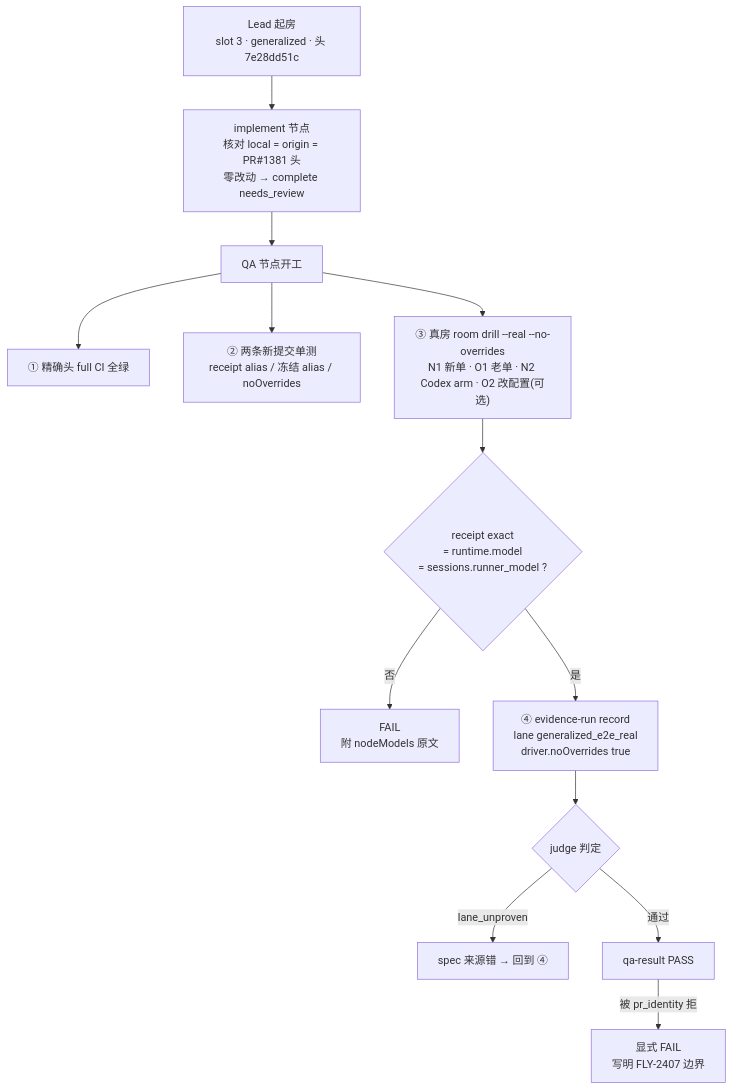
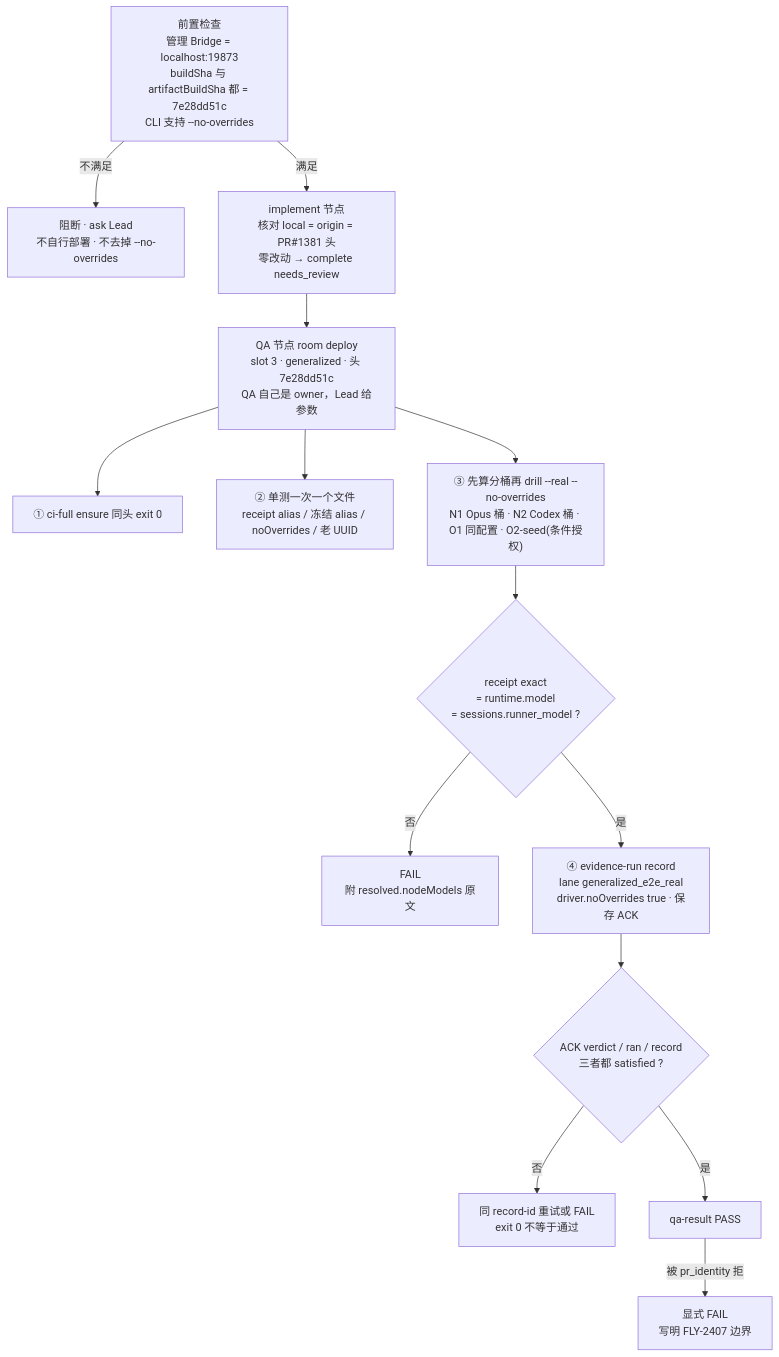
Before and after one commit to xrliAnnie/flywheel-qa-sandbox: the diagram in engineering/doc/FLY-3018-current-model-routing/diagrams/d1-flow.mmd, drawn with Mermaid. The commit also changed 3 other files, not shown here.

Commit message:
docs(FLY-3018): founder HTML synced to plan v2.1 (preflight, QA-owned room, O2-seed, evidence rules)

```diff
--- a/engineering/doc/FLY-3018-current-model-routing/diagrams/d1-flow.mmd
+++ b/engineering/doc/FLY-3018-current-model-routing/diagrams/d1-flow.mmd
@@ -1,13 +1,14 @@
 flowchart TD
-    A["Lead 起房<br/>slot 3 · generalized · 头 7e28dd51c"] --> B["implement 节点<br/>核对 local = origin = PR#1381 头<br/>零改动 → complete needs_review"]
-    B --> C["QA 节点开工"]
-    C --> D1["① 精确头 full CI 全绿"]
-    C --> D2["② 两条新提交单测<br/>receipt alias / 冻结 alias / noOverrides"]
-    C --> D3["③ 真房 room drill --real --no-overrides<br/>N1 新单 · O1 老单 · N2 Codex arm · O2 改配置(可选)"]
+    P["前置检查<br/>管理 Bridge = localhost:19873<br/>buildSha 与 artifactBuildSha 都 = 7e28dd51c<br/>CLI 支持 --no-overrides"] -->|不满足| PX["阻断 · ask Lead<br/>不自行部署 · 不去掉 --no-overrides"]
+    P -->|满足| B["implement 节点<br/>核对 local = origin = PR#1381 头<br/>零改动 → complete needs_review"]
+    B --> C["QA 节点 room deploy<br/>slot 3 · generalized · 头 7e28dd51c<br/>QA 自己是 owner，Lead 给参数"]
+    C --> D1["① ci-full ensure 同头 exit 0"]
+    C --> D2["② 单测一次一个文件<br/>receipt alias / 冻结 alias / noOverrides / 老 UUID"]
+    C --> D3["③ 先算分桶再 drill --real --no-overrides<br/>N1 Opus 桶 · N2 Codex 桶 · O1 同配置 · O2-seed(条件授权)"]
     D3 --> E{"receipt exact<br/>= runtime.model<br/>= sessions.runner_model ?"}
-    E -- 否 --> F["FAIL<br/>附 nodeModels 原文"]
-    E -- 是 --> G["④ evidence-run record<br/>lane generalized_e2e_real<br/>driver.noOverrides true"]
-    G --> H{"judge 判定"}
-    H -- lane_unproven --> G2["spec 来源错 → 回到 ④"]
-    H -- 通过 --> I["qa-result PASS"]
+    E -- 否 --> F["FAIL<br/>附 resolved.nodeModels 原文"]
+    E -- 是 --> G["④ evidence-run record<br/>lane generalized_e2e_real<br/>driver.noOverrides true · 保存 ACK"]
+    G --> H{"ACK verdict / ran / record<br/>三者都 satisfied ?"}
+    H -- 否 --> G2["同 record-id 重试或 FAIL<br/>exit 0 不等于通过"]
+    H -- 是 --> I["qa-result PASS"]
     I -- 被 pr_identity 拒 --> J["显式 FAIL<br/>写明 FLY-2407 边界"]
```
